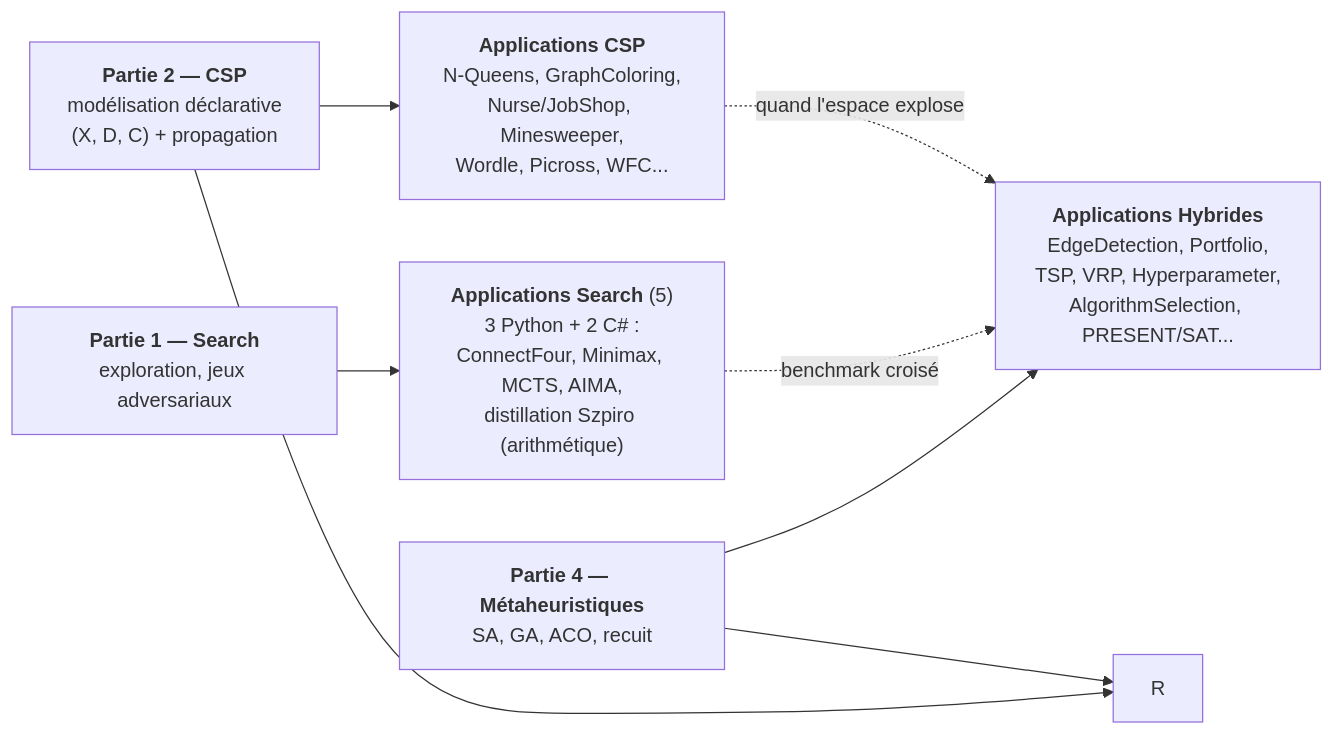
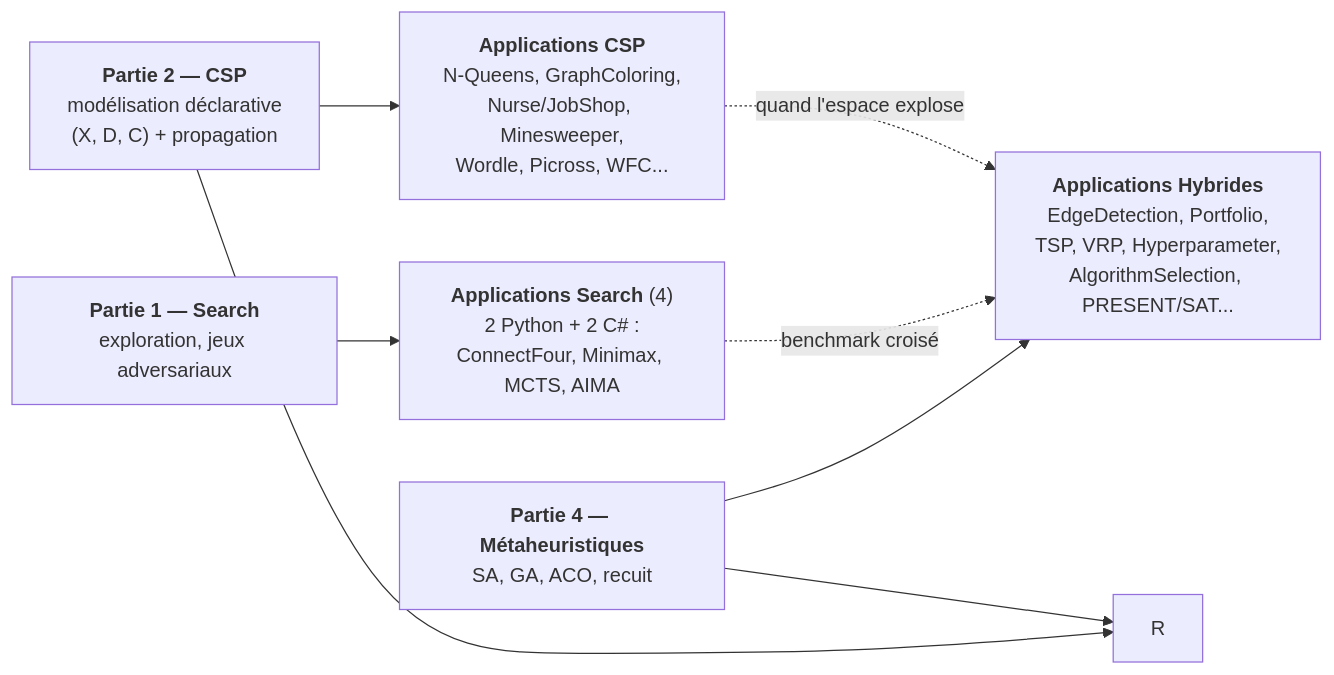
One commit to jsboige/CoursIA changed the diagram in MyIA.AI.Notebooks/Search/Applications/README.md. Above: the diagram before and after it, drawn with Mermaid. The commit also changed other lines of this file and 6 other files, not shown here.

````diff
--- a/MyIA.AI.Notebooks/Search/Applications/README.md
+++ b/MyIA.AI.Notebooks/Search/Applications/README.md
@@ -39,16 +39,16 @@
 ```mermaid
 flowchart LR
     P1["<b>Partie 1 — Search</b><br/>exploration, jeux adversariaux"]
     P2["<b>Partie 2 — CSP</b><br/>modélisation déclarative<br/>(X, D, C) + propagation"]
     P4["<b>Partie 4 — Métaheuristiques</b><br/>SA, GA, ACO, recuit"]
-    S["<b>Applications Search</b> (5)<br/>3 Python + 2 C# :<br/>ConnectFour, Minimax, MCTS, AIMA,<br/>distillation Szpiro (arithmétique)"]
+    S["<b>Applications Search</b> (4)<br/>2 Python + 2 C# :<br/>ConnectFour, Minimax, MCTS, AIMA"]
     C["<b>Applications CSP</b><br/>N-Queens, GraphColoring,<br/>Nurse/JobShop, Minesweeper,<br/>Wordle, Picross, WFC..."]
     H["<b>Applications Hybrides</b><br/>EdgeDetection, Portfolio,<br/>TSP, VRP, Hyperparameter,<br/>AlgorithmSelection, PRESENT/SAT..."]
     P1 --> S
     P2 --> C
     P4 --> H
     P2 --> R
     P4 --> R
     S -.->|"benchmark croisé"| H
     C -.->|"quand l'espace explose"| H
 ```
````
